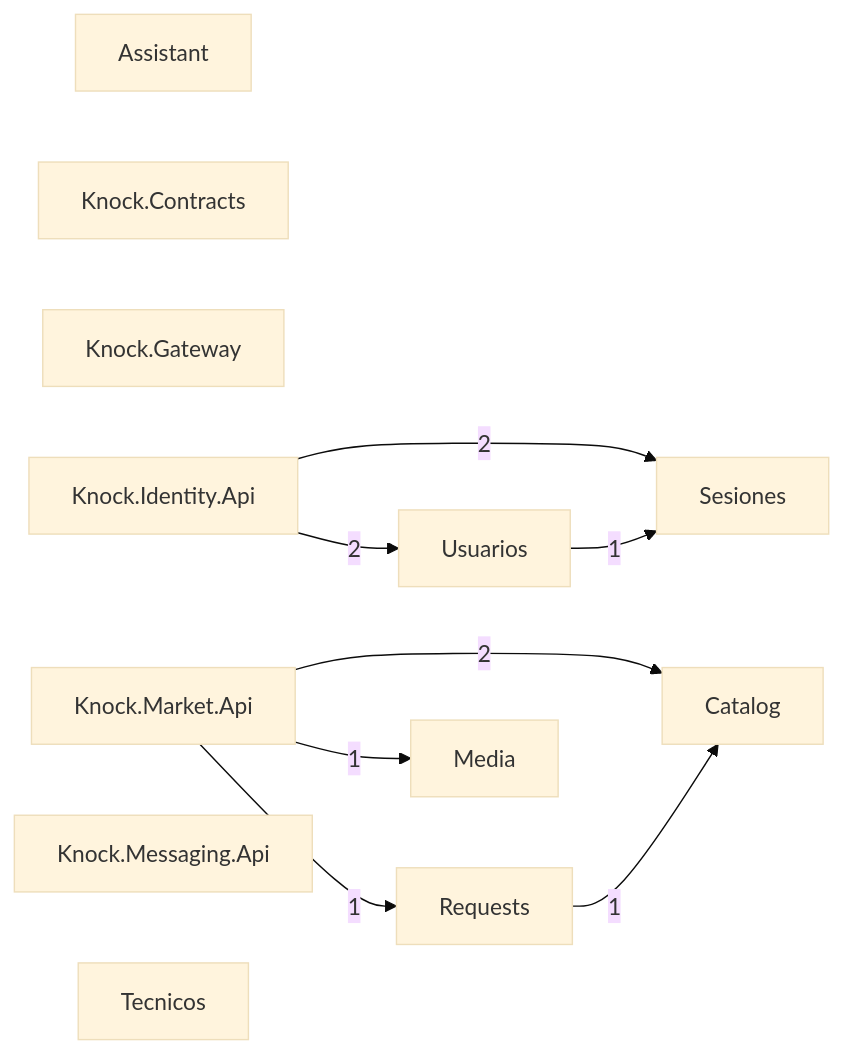
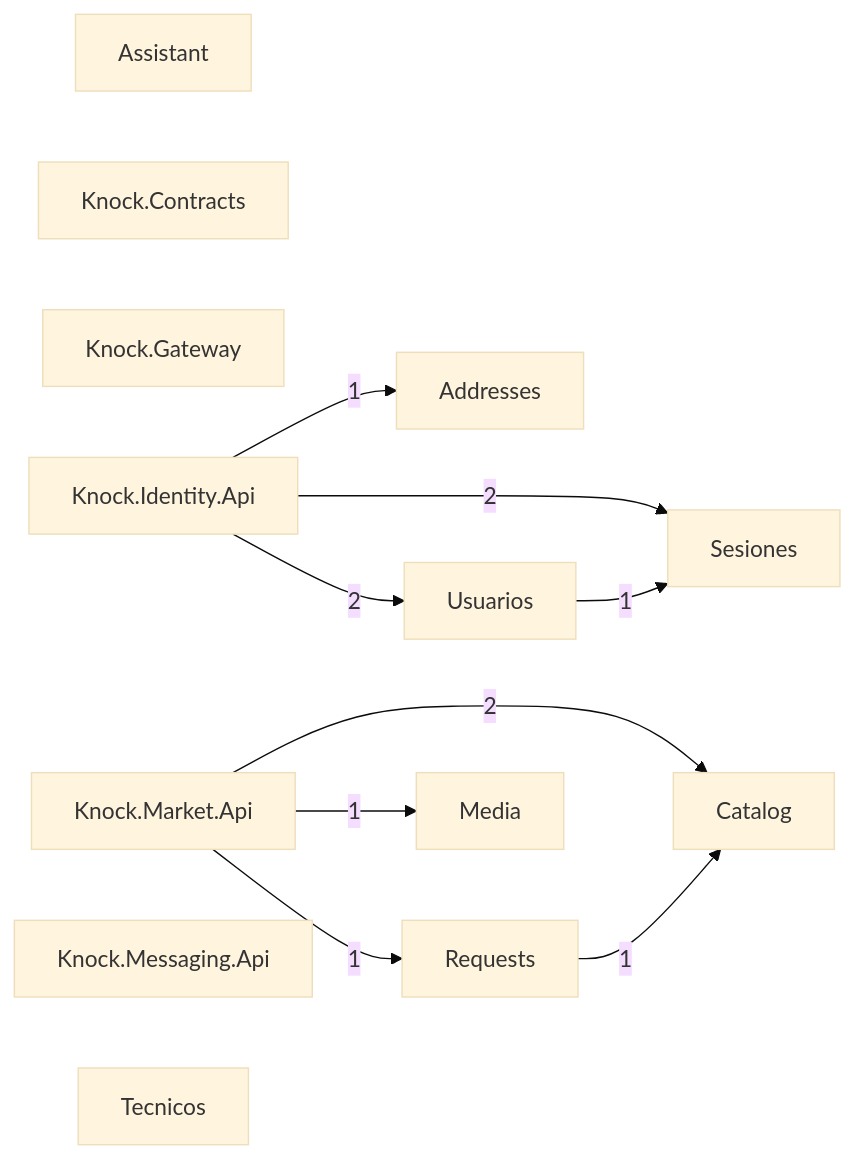
One commit to Tensei-Devs/knock-backend changed the diagram in docs/architecture/modules.mmd. Above: the diagram before and after it, drawn with Mermaid (base theme). The commit also changed 10 other files, not shown here.

Commit message:
docs(identity): document client addresses endpoints, contract and memory (KNOCK-285)

```diff
--- a/docs/architecture/modules.mmd
+++ b/docs/architecture/modules.mmd
@@ -1,20 +1,22 @@
 graph LR
+  Addresses["Addresses"]
   Assistant["Assistant"]
   Catalog["Catalog"]
   Knock_Contracts["Knock.Contracts"]
   Knock_Gateway["Knock.Gateway"]
   Knock_Identity_Api["Knock.Identity.Api"]
   Knock_Market_Api["Knock.Market.Api"]
   Knock_Messaging_Api["Knock.Messaging.Api"]
   Media["Media"]
   Requests["Requests"]
   Sesiones["Sesiones"]
   Tecnicos["Tecnicos"]
   Usuarios["Usuarios"]
+  Knock_Identity_Api -->|1| Addresses
   Knock_Identity_Api -->|2| Sesiones
   Knock_Identity_Api -->|2| Usuarios
   Knock_Market_Api -->|2| Catalog
   Knock_Market_Api -->|1| Media
   Knock_Market_Api -->|1| Requests
   Requests -->|1| Catalog
   Usuarios -->|1| Sesiones
```
